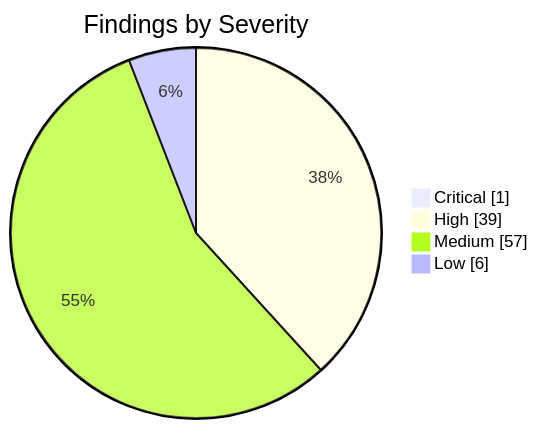
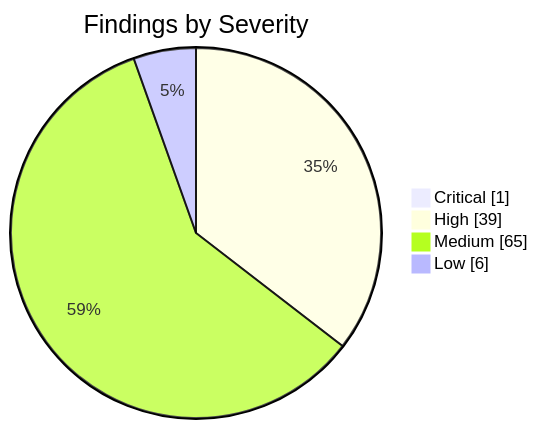
The first of 2 diagrams in apps/kbve/astro-kbve/src/content/docs/dashboard/security.mdx (KBVE/kbve), drawn with Mermaid before and after one commit. The commit also changed other lines of this file and 8 other files, not shown here.

````diff
--- a/apps/kbve/astro-kbve/src/content/docs/dashboard/security.mdx
+++ b/apps/kbve/astro-kbve/src/content/docs/dashboard/security.mdx
@@ -62,8 +62,8 @@
 ```mermaid
 pie showData
     title Findings by Severity
     "Critical" : 1
     "High" : 39
-    "Medium" : 57
+    "Medium" : 65
     "Low" : 6
 ```
````
